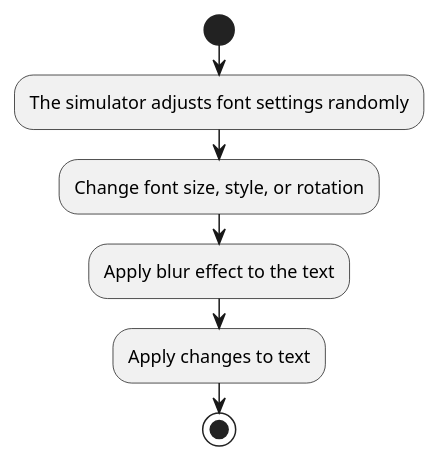
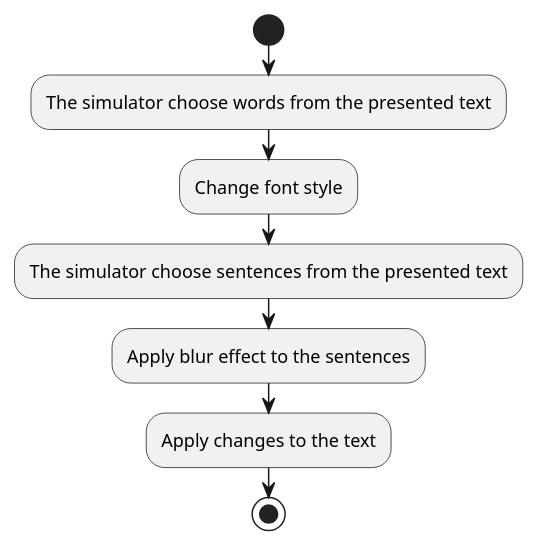
Before and after one commit to Muhammed-als/Dyslexia-Simulator: the diagram in diagrams/flow_diagrams/surface.puml, drawn with PlantUML. The commit also changed 9 other files, not shown here.

Commit message:
flow diagrams are updated

```diff
--- a/diagrams/flow_diagrams/surface.puml
+++ b/diagrams/flow_diagrams/surface.puml
@@ -1,10 +1,11 @@
 @startuml surface
 start
 
-:The simulator adjusts font settings randomly;
-:Change font size, style, or rotation;
-:Apply blur effect to the text;
-:Apply changes to text;
+:The simulator choose words from the presented text;
+:Change font style;
+:The simulator choose sentences from the presented text;
+:Apply blur effect to the sentences;
+:Apply changes to the text;
 
 stop
 @enduml
```
